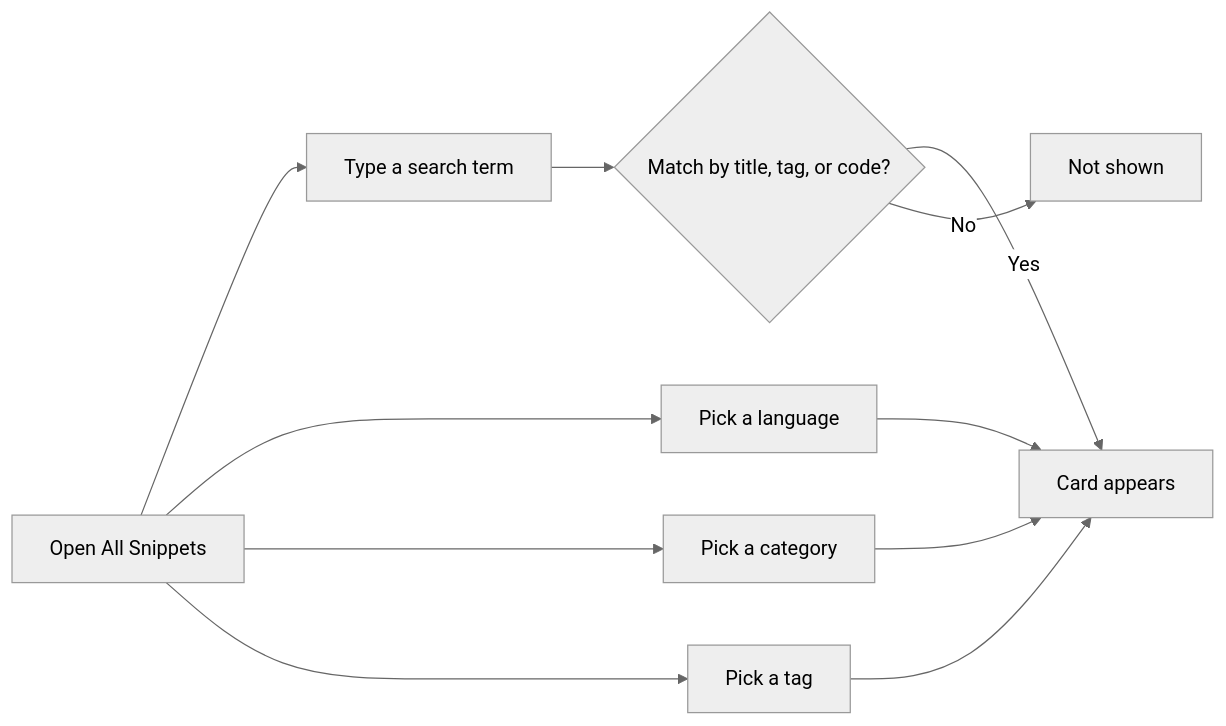
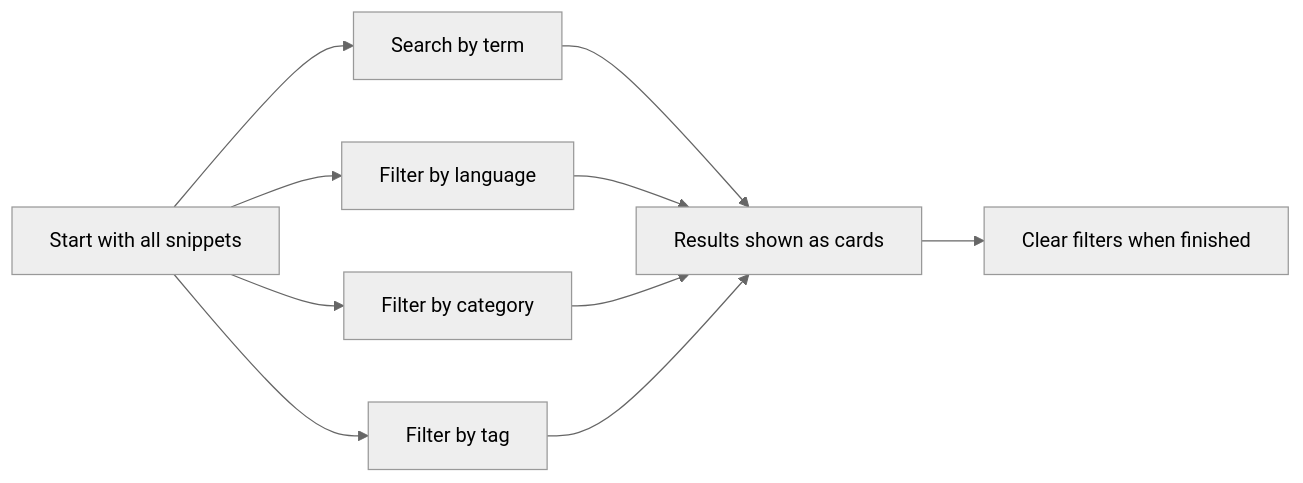
One commit to Mohita111/API2 changed the fifth of 5 diagrams in api2-documentation/plan_2026-11-02_f8890e/user-facing-docs/snippet-library.md. Above: the diagram before and after it, drawn with Mermaid (neutral theme). The commit also changed other lines of this file and 11 other files, not shown here.

````diff
--- a/api2-documentation/plan_2026-11-02_f8890e/user-facing-docs/snippet-library.md
+++ b/api2-documentation/plan_2026-11-02_f8890e/user-facing-docs/snippet-library.md
@@ -81,13 +136,12 @@
 ```mermaid
 graph LR
-    A[Open All Snippets] --> B[Type a search term]
-    B --> C{"Match by title, tag, or code?"}
-    C -->|Yes| D[Card appears]
-    C -->|No| E[Not shown]
-    A --> F[Pick a language]
-    A --> G[Pick a category]
-    A --> H[Pick a tag]
-    F --> D
-    G --> D
-    H --> D
+  A[Start with all snippets] --> B[Search by term]
+  A --> C[Filter by language]
+  A --> D[Filter by category]
+  A --> E[Filter by tag]
+  B --> F[Results shown as cards]
+  C --> F
+  D --> F
+  E --> F
+  F --> G[Clear filters when finished]
 ```
````
